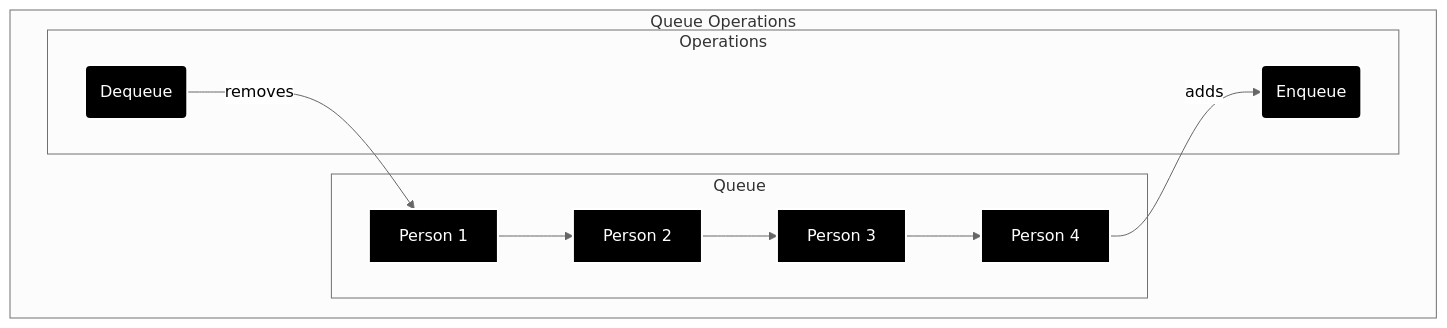
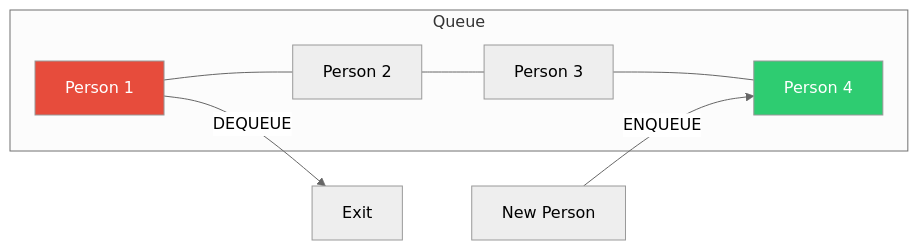
One commit to M-F-Tushar/CSE-2101-Data-Structure changed the seventh of 17 diagrams in Chapter 1 - Introduction and Overview /README.md. Above: the diagram before and after it, drawn with Mermaid (neutral theme). The commit also changed other lines of this file, not shown here.

````diff
--- a/Chapter 1 - Introduction and Overview /README.md
+++ b/Chapter 1 - Introduction and Overview /README.md
@@ -642,21 +672,12 @@
 ```mermaid
-graph TD;
-    subgraph Queue Operations
-        direction LR
-        subgraph Queue
-            A[Person 1] --> B[Person 2];
-            B --> C[Person 3];
-            C --> D[Person 4];
-        end
-        subgraph Operations
-            E(Dequeue) -- removes --> A;
-            D -- adds --> F(Enqueue);
-        end
+graph LR
+    subgraph Queue
+        A[Person 1] --- B[Person 2] --- C[Person 3] --- D[Person 4]
     end
-    style A fill:#000,stroke:#fff,stroke-width:2px,color:#fff
-    style B fill:#000,stroke:#fff,stroke-width:2px,color:#fff
-    style C fill:#000,stroke:#fff,stroke-width:2px,color:#fff
-    style D fill:#000,stroke:#fff,stroke-width:2px,color:#fff
-    style E fill:#000,stroke:#fff,stroke-width:2px,color:#fff
-    style F fill:#000,stroke:#fff,stroke-width:2px,color:#fff
+    
+    IN[New Person] -->|ENQUEUE| D
+    A -->|DEQUEUE| OUT[Exit]
+    
+    style A fill:#e74c3c,color:#fff
+    style D fill:#2ecc71,color:#fff
 ```
````
